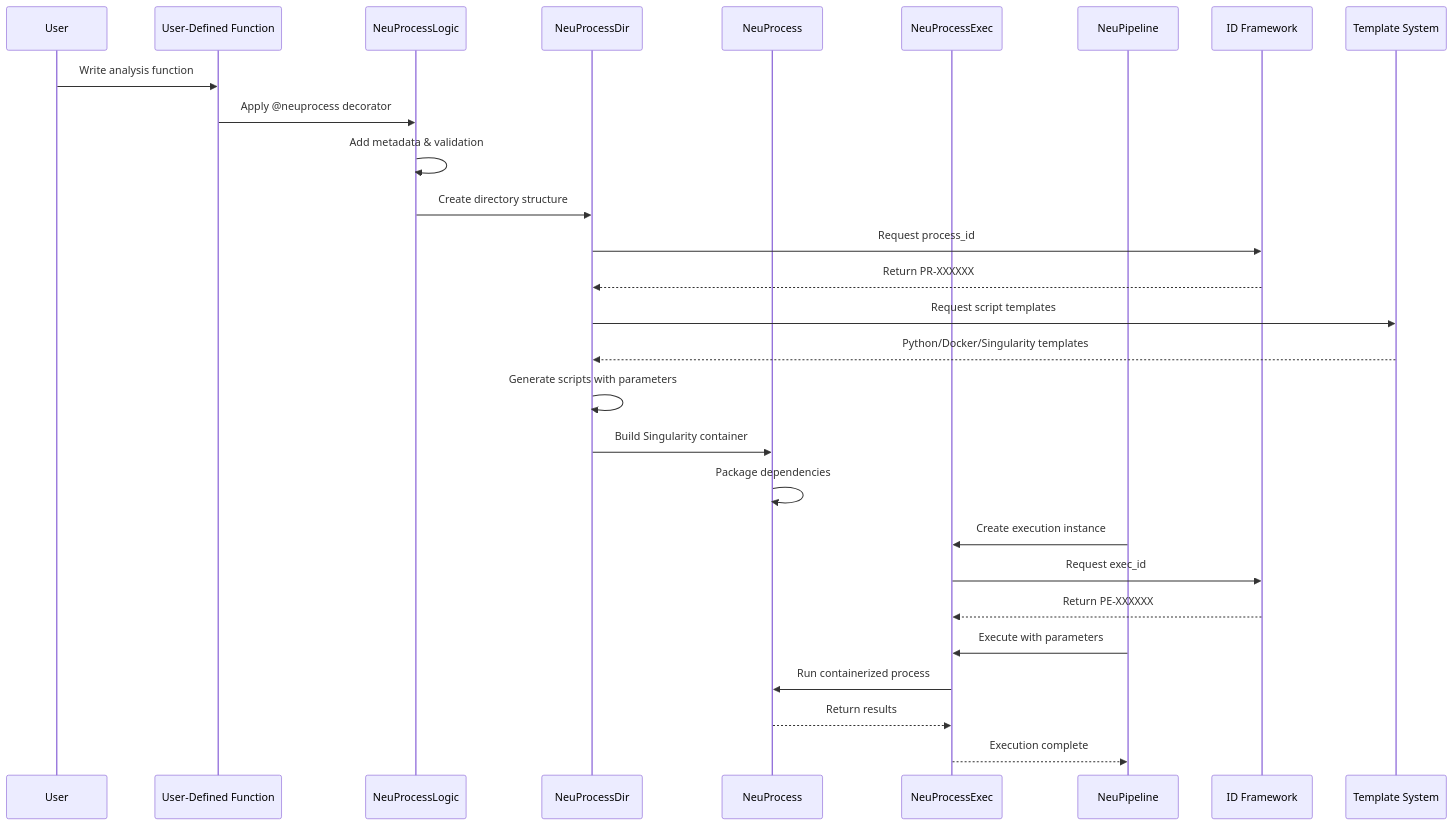
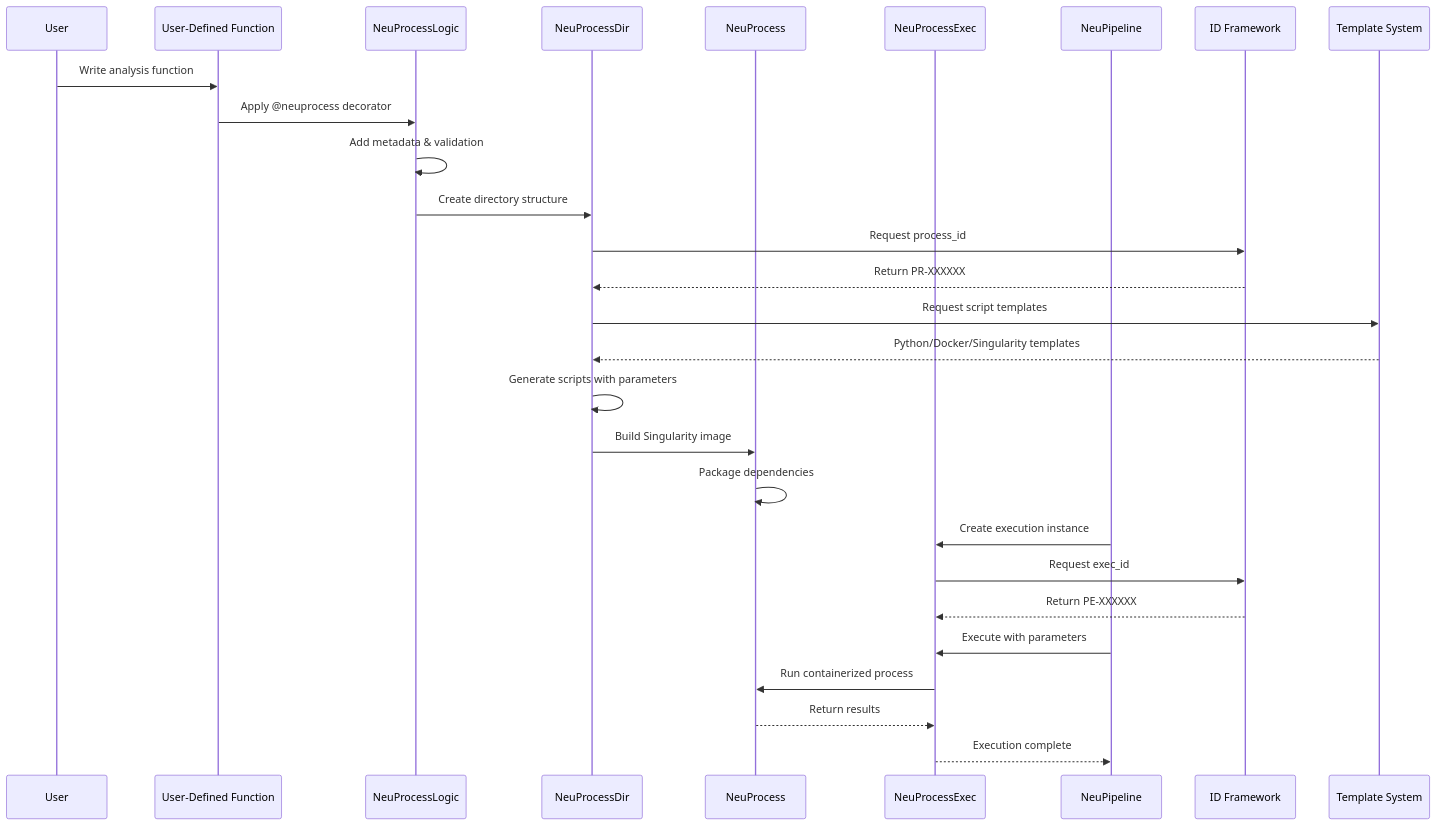
The tenth of 12 diagrams in README.md (chinmaymokashicm/neuroanalyst), drawn with Mermaid before and after one commit. The commit also changed other lines of this file and 113 other files, not shown here.

````diff
--- a/README.md
+++ b/README.md
@@ -251,36 +905,36 @@
 ```mermaid
 sequenceDiagram
     participant User
     participant UDF as User-Defined Function
     participant NPL as NeuProcessLogic
     participant NPD as NeuProcessDir
     participant NP as NeuProcess
     participant NPE as NeuProcessExec
     participant Pipeline as NeuPipeline
     participant IDGen as ID Framework
     participant Templates as Template System
     
     User->>UDF: Write analysis function
     UDF->>NPL: Apply @neuprocess decorator
     NPL->>NPL: Add metadata & validation
     
     NPL->>NPD: Create directory structure
     NPD->>IDGen: Request process_id
     IDGen-->>NPD: Return PR-XXXXXX
     
     NPD->>Templates: Request script templates
     Templates-->>NPD: Python/Docker/Singularity templates
     NPD->>NPD: Generate scripts with parameters
     
-    NPD->>NP: Build Singularity container
+    NPD->>NP: Build Singularity image
     NP->>NP: Package dependencies
     
     Pipeline->>NPE: Create execution instance
     NPE->>IDGen: Request exec_id
     IDGen-->>NPE: Return PE-XXXXXX
     
     Pipeline->>NPE: Execute with parameters
     NPE->>NP: Run containerized process
     NP-->>NPE: Return results
     NPE-->>Pipeline: Execution complete
 ```
````
